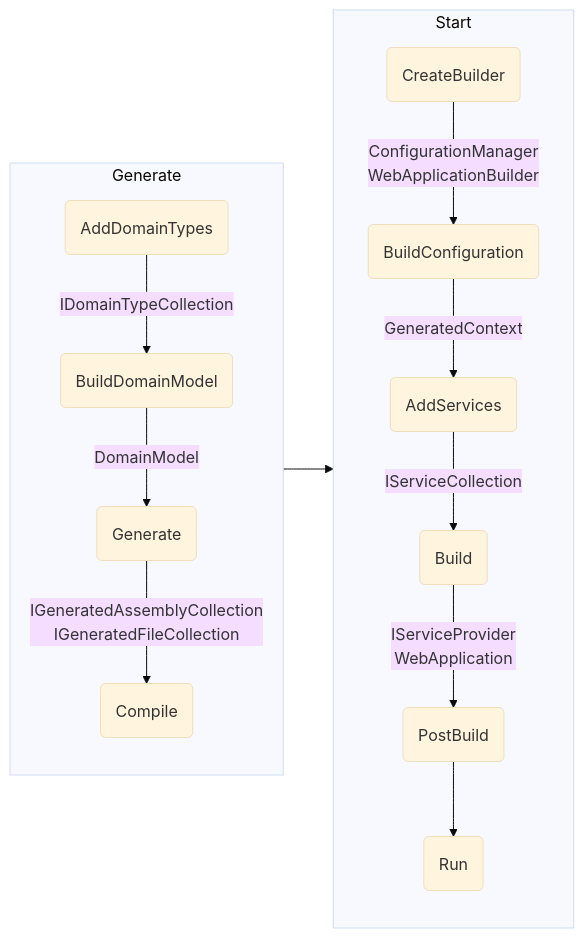
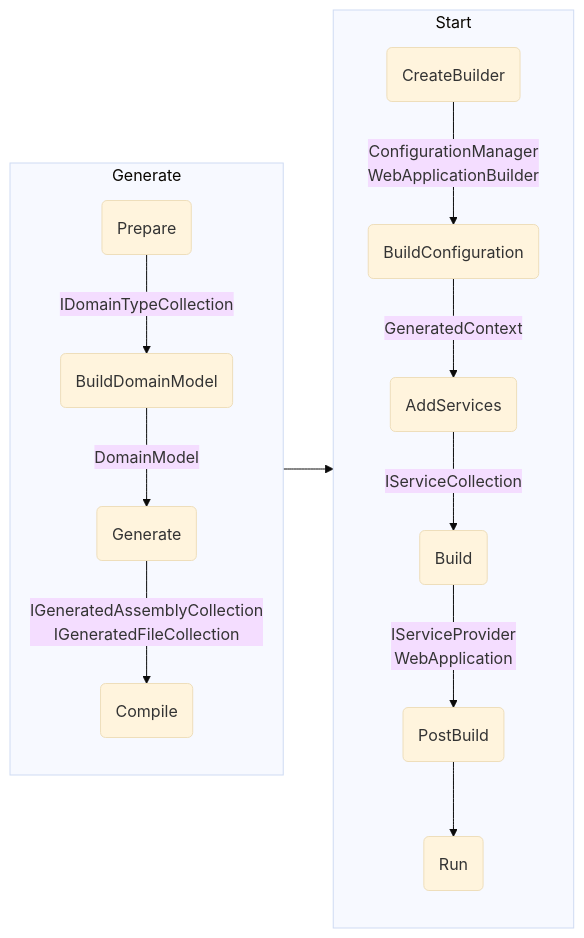
Before and after one commit to mouseless/baked: the first of 2 diagrams in docs/recipes/monolith.md, drawn with Mermaid (base theme). The commit also changed 23 other files, not shown here.

````diff
--- a/docs/recipes/monolith.md
+++ b/docs/recipes/monolith.md
@@ -132,30 +132,30 @@
 ```mermaid
 flowchart LR;
   subgraph Generate
-    AD(AddDomainTypes)
+    P(Prepare)
     BD(BuildDomainModel)
     G(Generate)
     C(Compile)
 
-    AD -->|IDomainTypeCollection| BD
+    P -->|IDomainTypeCollection| BD
     BD -->|DomainModel| G
     G -->|IGeneratedAssemblyCollection<br/>IGeneratedFileCollection| C
   end
 
   subgraph Start
     CB(CreateBuilder)
     BC(BuildConfiguration)
     AS(AddServices)
     B(Build)
     PB(PostBuild)
     R(Run)
 
     CB -->|ConfigurationManager<br/>WebApplicationBuilder| BC
     BC -->|GeneratedContext| AS
     AS -->|IServiceCollection| B
     B -->|IServiceProvider<br/>WebApplication| PB
     PB --> R
   end
 
   Generate --> Start
 ```
````
